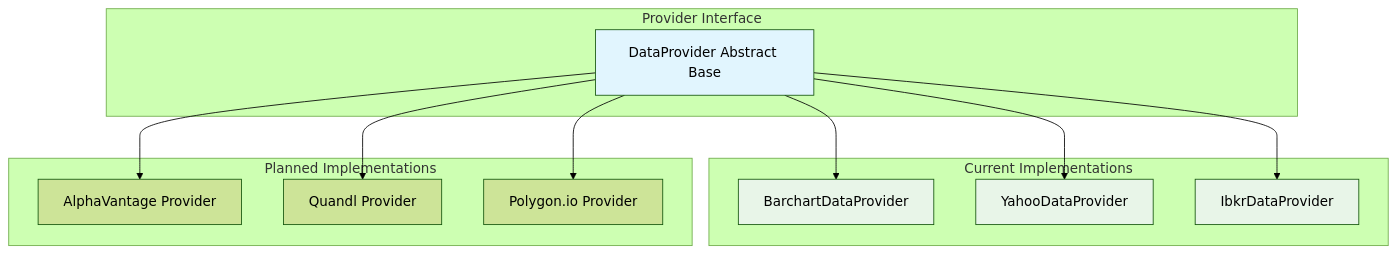
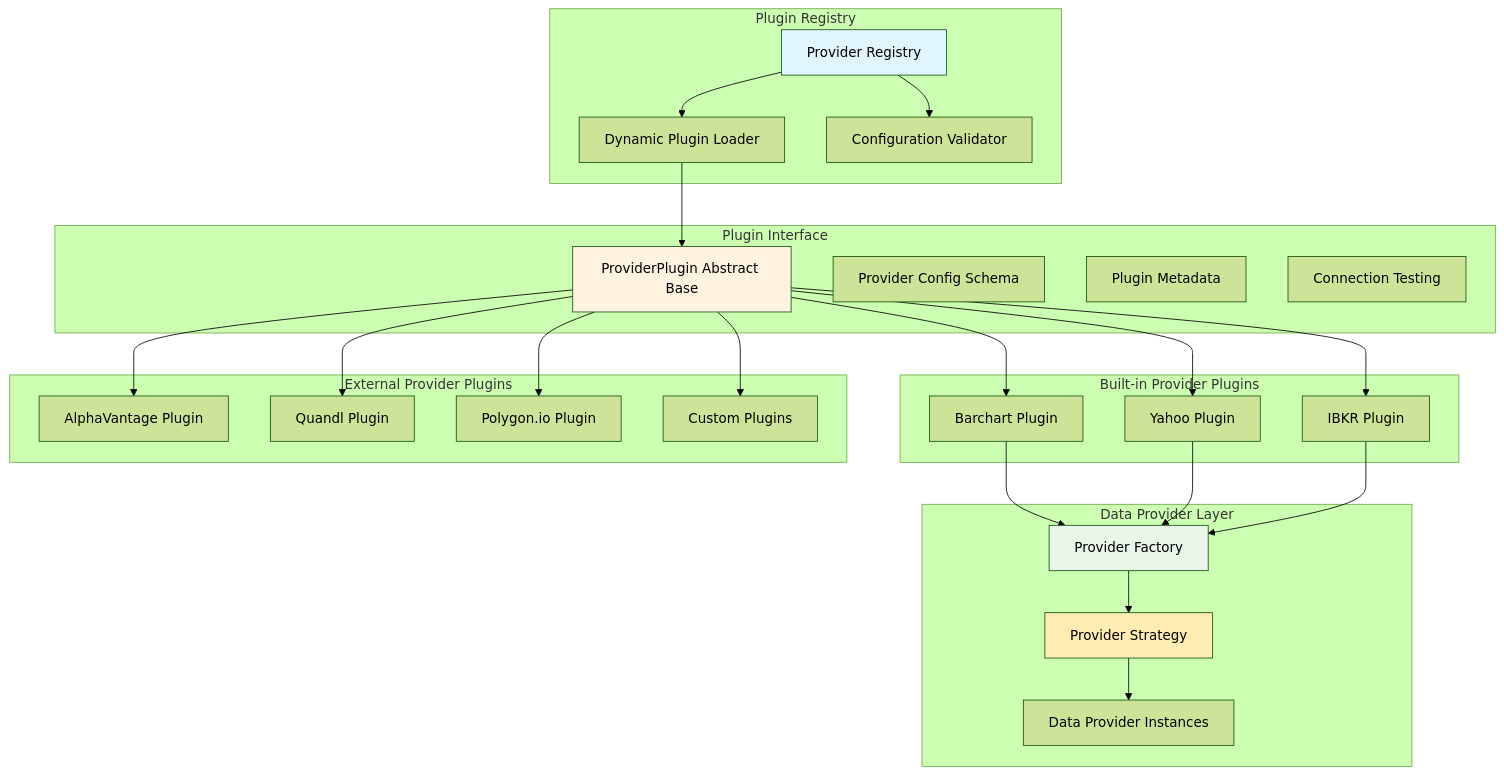
One commit to makutaku/vortex changed the first of 2 diagrams in docs/design/hld/04-provider-abstraction.md. Above: the diagram before and after it, drawn with Mermaid (forest theme). The commit also changed other lines of this file and 3 other files, not shown here.

First line of the commit message:
Update architecture documentation to reflect current implementation

````diff
--- a/docs/design/hld/04-provider-abstraction.md
+++ b/docs/design/hld/04-provider-abstraction.md
@@ -19,30 +21,58 @@
 ```mermaid
 graph TB
-    subgraph "Provider Interface"
-        Base[DataProvider Abstract Base]
+    subgraph "Plugin Registry"
+        Registry[Provider Registry]
+        Loader[Dynamic Plugin Loader]
+        Validator[Configuration Validator]
     end
     
-    subgraph "Current Implementations"
-        Barchart[BarchartDataProvider]
-        Yahoo[YahooDataProvider] 
-        IBKR[IbkrDataProvider]
+    subgraph "Built-in Provider Plugins"
+        BarchartPlugin[Barchart Plugin]
+        YahooPlugin[Yahoo Plugin] 
+        IBKRPlugin[IBKR Plugin]
     end
     
-    subgraph "Planned Implementations"
-        Alpha[AlphaVantage Provider]
-        Quandl[Quandl Provider]
-        Polygon[Polygon.io Provider]
+    subgraph "Plugin Interface"
+        PluginBase[ProviderPlugin Abstract Base]
+        ConfigSchema[Provider Config Schema]
+        Metadata[Plugin Metadata]
+        TestConnection[Connection Testing]
     end
     
-    Base --> Barchart
-    Base --> Yahoo
-    Base --> IBKR
-    Base --> Alpha
-    Base --> Quandl
-    Base --> Polygon
+    subgraph "External Provider Plugins"
+        AlphaPlugin[AlphaVantage Plugin]
+        QuandlPlugin[Quandl Plugin]
+        PolygonPlugin[Polygon.io Plugin]
+        CustomPlugin[Custom Plugins]
+    end
     
-    style Base fill:#e1f5fe
-    style Barchart fill:#e8f5e8
-    style Yahoo fill:#e8f5e8
-    style IBKR fill:#e8f5e8
+    subgraph "Data Provider Layer"
+        ProviderFactory[Provider Factory]
+        Strategy[Provider Strategy]
+        DataProvider[Data Provider Instances]
+    end
+    
+    Registry --> Loader
+    Registry --> Validator
+    Loader --> PluginBase
+    
+    PluginBase --> BarchartPlugin
+    PluginBase --> YahooPlugin
+    PluginBase --> IBKRPlugin
+    PluginBase --> AlphaPlugin
+    PluginBase --> QuandlPlugin
+    PluginBase --> PolygonPlugin
+    PluginBase --> CustomPlugin
+    
+    BarchartPlugin --> ProviderFactory
+    YahooPlugin --> ProviderFactory
+    IBKRPlugin --> ProviderFactory
+    
+    ProviderFactory --> Strategy
+    Strategy --> DataProvider
+    
+    style Registry fill:#e1f5fe
+    style PluginBase fill:#fff3e0
+    style ProviderFactory fill:#e8f5e8
+    style Strategy fill:#ffecb3
 ```
````
